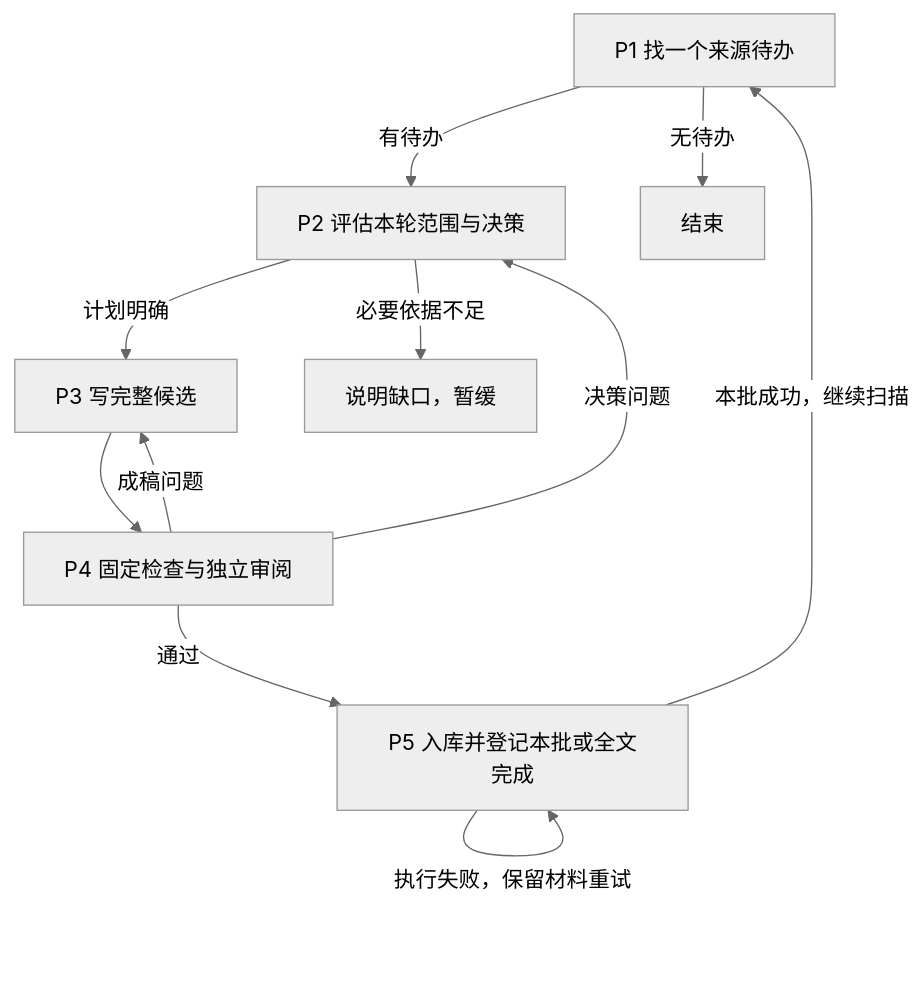
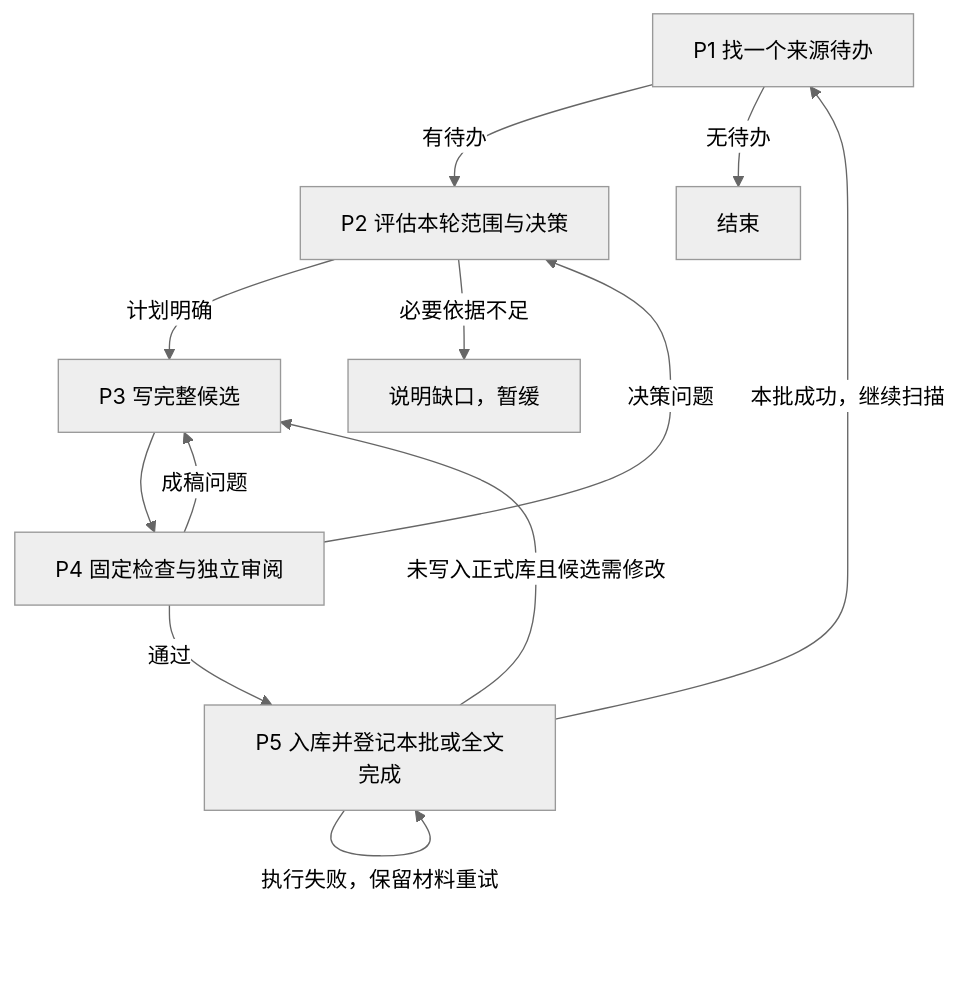
One commit to Robin-hhc/FactumCore changed the first of 7 diagrams in himate/himate-knowledge-wifi-mp/docs-llm-wiki/知识库详细设计.md. Above: the diagram before and after it, drawn with Mermaid (neutral theme). The commit also changed other lines of this file and 206 other files, not shown here.

````diff
--- a/himate/himate-knowledge-wifi-mp/docs-llm-wiki/知识库详细设计.md
+++ b/himate/himate-knowledge-wifi-mp/docs-llm-wiki/知识库详细设计.md
@@ -23,13 +23,14 @@
 ```mermaid
 flowchart TD
     P1["P1 找一个来源待办"] -->|有待办| P2["P2 评估本轮范围与决策"]
     P1 -->|无待办| E["结束"]
     P2 -->|计划明确| P3["P3 写完整候选"]
     P2 -->|必要依据不足| D["说明缺口，暂缓"]
     P3 --> P4["P4 固定检查与独立审阅"]
     P4 -->|决策问题| P2
     P4 -->|成稿问题| P3
     P4 -->|通过| P5["P5 入库并登记本批或全文完成"]
     P5 -->|本批成功，继续扫描| P1
     P5 -->|执行失败，保留材料重试| P5
+    P5 -->|未写入正式库且候选需修改| P3
 ```
````
